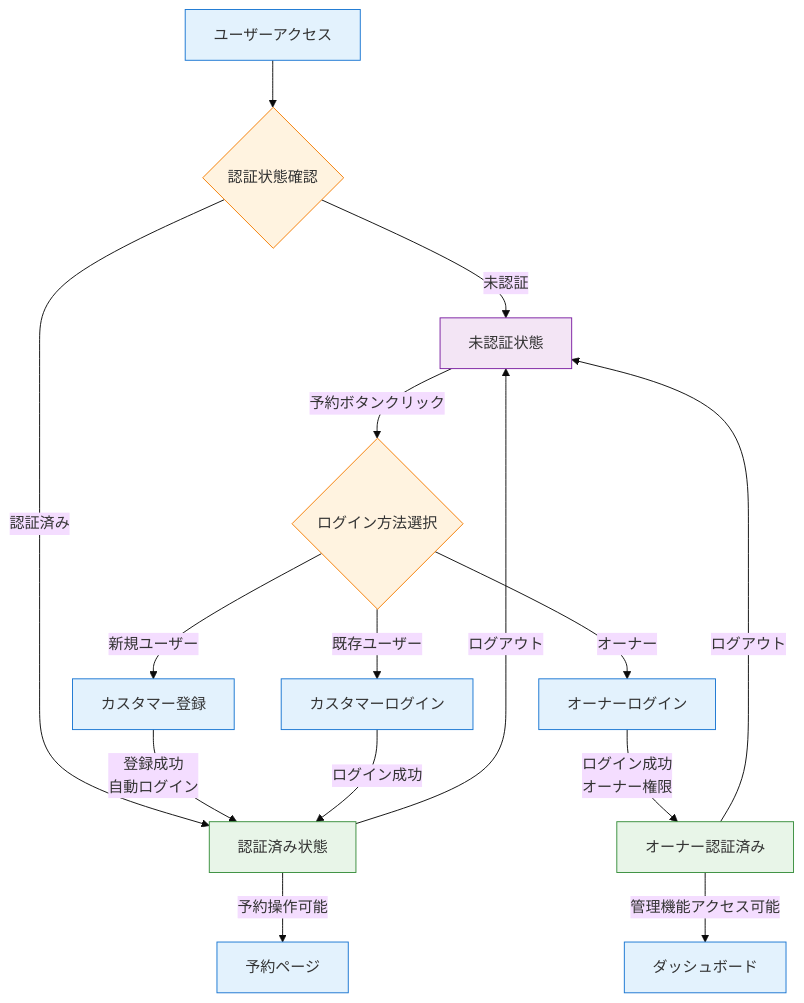
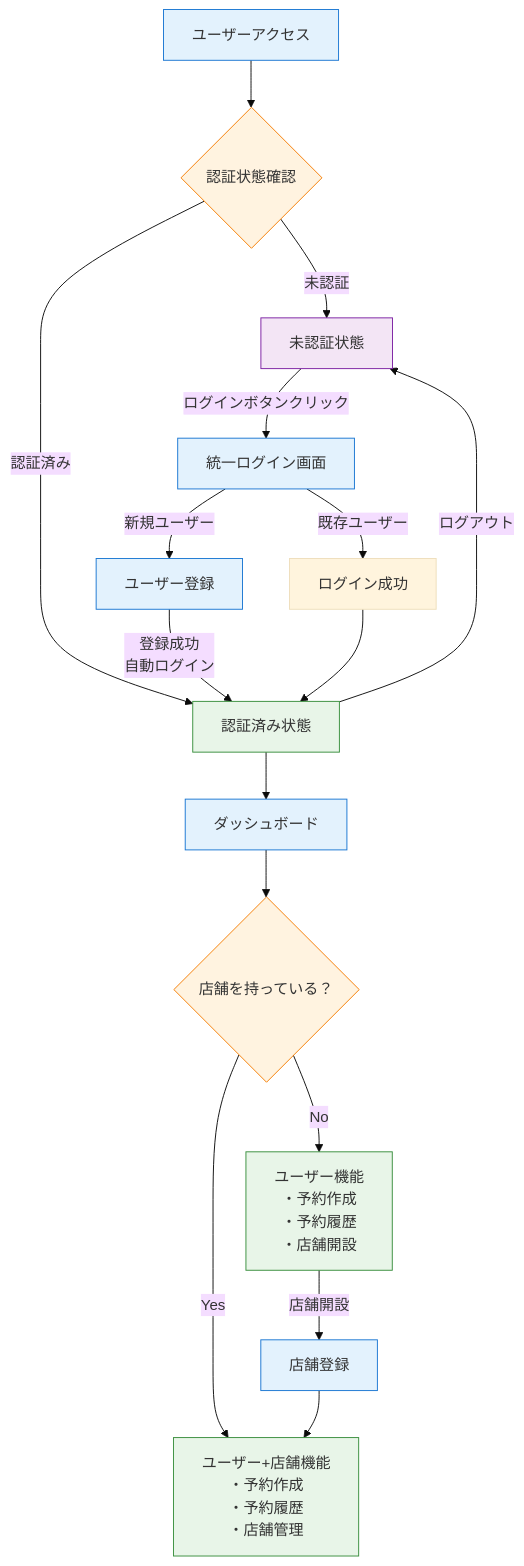
The second of 2 diagrams in doc/画面遷移図.md (ProgrammerForCat/appointy), drawn with Mermaid (base theme) before and after one commit. The commit also changed other lines of this file and 44 other files, not shown here.

````diff
--- a/doc/画面遷移図.md
+++ b/doc/画面遷移図.md
@@ -67,31 +95,34 @@
 ```mermaid
 graph TD
     START["ユーザーアクセス"] --> CHECK{"認証状態確認"}
     CHECK -->|"未認証"| UNAUTH["未認証状態"]
     CHECK -->|"認証済み"| AUTH["認証済み状態"]
     
-    UNAUTH --> |"予約ボタンクリック"| LOGIN_CHOICE{"ログイン方法選択"}
-    LOGIN_CHOICE --> |"新規ユーザー"| REGISTER["カスタマー登録"]
-    LOGIN_CHOICE --> |"既存ユーザー"| C_LOGIN["カスタマーログイン"]
-    LOGIN_CHOICE --> |"オーナー"| O_LOGIN["オーナーログイン"]
+    UNAUTH --> |"ログインボタンクリック"| LOGIN["統一ログイン画面"]
+    LOGIN --> |"新規ユーザー"| REGISTER["ユーザー登録"]
+    LOGIN --> |"既存ユーザー"| LOGIN_SUCCESS["ログイン成功"]
     
     REGISTER --> |"登録成功<br/>自動ログイン"| AUTH
-    C_LOGIN --> |"ログイン成功"| AUTH
-    O_LOGIN --> |"ログイン成功<br/>オーナー権限"| OWNER_AUTH["オーナー認証済み"]
+    LOGIN_SUCCESS --> AUTH
     
-    AUTH --> |"予約操作可能"| BOOKING["予約ページ"]
-    OWNER_AUTH --> |"管理機能アクセス可能"| DASHBOARD["ダッシュボード"]
+    AUTH --> DASHBOARD["ダッシュボード"]
+    DASHBOARD --> STORE_CHECK{"店舗を持っている？"}
+    
+    STORE_CHECK -->|"No"| USER_ACTIONS["ユーザー機能<br/>・予約作成<br/>・予約履歴<br/>・店舗開設"]
+    STORE_CHECK -->|"Yes"| OWNER_ACTIONS["ユーザー+店舗機能<br/>・予約作成<br/>・予約履歴<br/>・店舗管理"]
+    
+    USER_ACTIONS --> |"店舗開設"| STORE_REG["店舗登録"]
+    STORE_REG --> OWNER_ACTIONS
     
     AUTH --> |"ログアウト"| UNAUTH
-    OWNER_AUTH --> |"ログアウト"| UNAUTH
     
     classDef process fill:#e3f2fd,stroke:#1976d2
     classDef decision fill:#fff3e0,stroke:#f57c00
     classDef success fill:#e8f5e8,stroke:#388e3c
     classDef auth fill:#f3e5f5,stroke:#7b1fa2
     
-    class START,REGISTER,C_LOGIN,O_LOGIN,BOOKING,DASHBOARD process
-    class CHECK,LOGIN_CHOICE decision
-    class AUTH,OWNER_AUTH success
+    class START,LOGIN,REGISTER,DASHBOARD,STORE_REG process
+    class CHECK,STORE_CHECK decision
+    class AUTH,USER_ACTIONS,OWNER_ACTIONS success
     class UNAUTH auth
 ```
````
